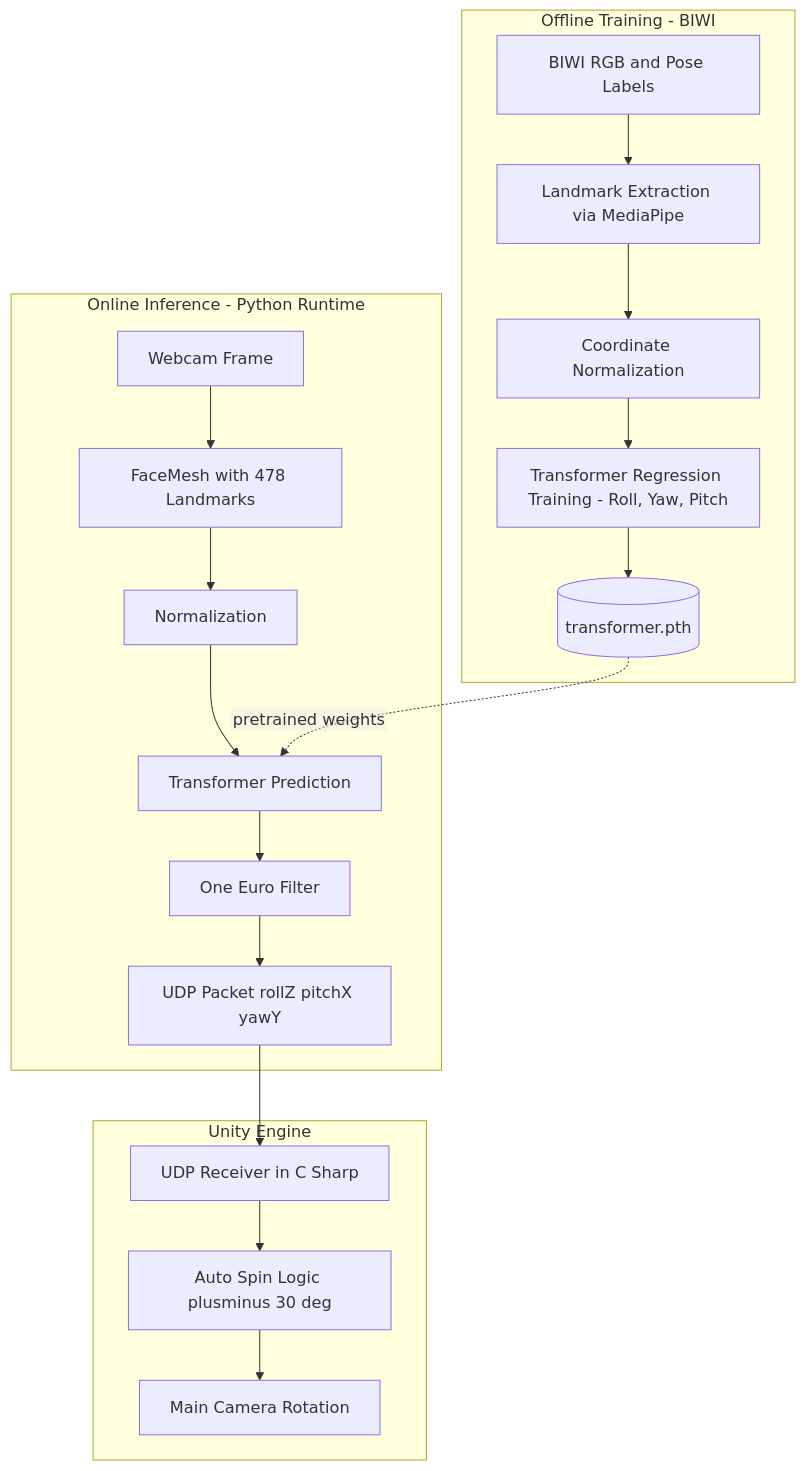
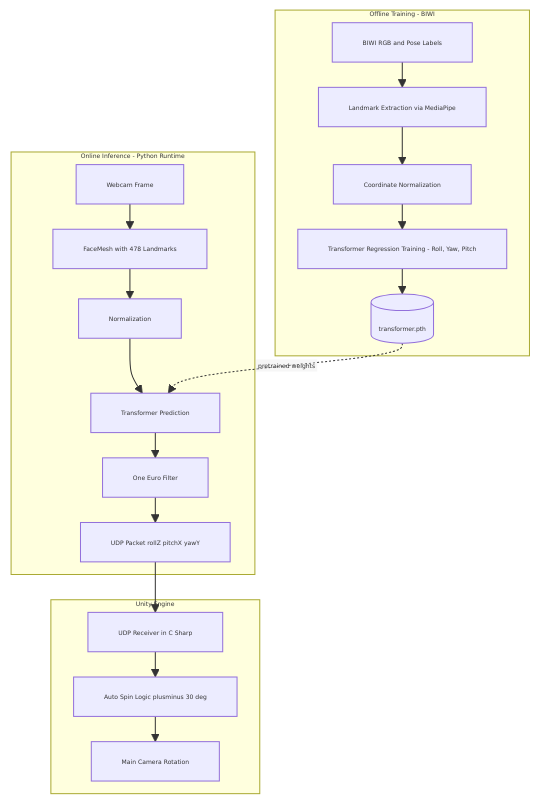
One commit to seonghwan97/Face-Tracking-Semi-Immersive-VR changed the second of 3 diagrams in README.md. Above: the diagram before and after it, drawn with Mermaid. The commit also changed other lines of this file, not shown here.

````diff
--- a/README.md
+++ b/README.md
@@ -177,31 +196,42 @@
 ```mermaid
-%%{init: {'flowchart': {'htmlLabels': false, 'useMaxWidth': false}, 'themeVariables': {'scale': 0.25}}}%%
+%%{init: {
+  'flowchart': {
+    'htmlLabels': false,
+    'useMaxWidth': false,
+    'curve': 'basis',
+    'nodeSpacing': 25,
+    'rankSpacing': 25
+  },
+  'themeVariables': {
+    'fontSize': '6px'
+  }
+}}%%
 flowchart TB
   subgraph TRAIN[Offline Training - BIWI]
     A1[BIWI RGB and Pose Labels] --> A2[Landmark Extraction via MediaPipe]
     A2 --> A3[Coordinate Normalization]
     A3 --> A4[Transformer Regression Training - Roll, Yaw, Pitch]
     A4 --> A5[(transformer.pth)]
   end
 
   %% ---------- Online Inference ----------
   subgraph INFER[Online Inference - Python Runtime]
     I0(( )):::spacer
     B1[Webcam Frame]
     B1 --> B2[FaceMesh with 478 Landmarks]
     B2 --> B3[Normalization]
     B3 --> B4[Transformer Prediction]
     B4 --> B5[One Euro Filter]
     B5 --> B6[UDP Packet rollZ pitchX yawY]
   end
 
   subgraph UNITY[Unity Engine]
     C1[UDP Receiver in C Sharp] --> C2[Auto Spin Logic plusminus 30 deg]
     C2 --> C3[Main Camera Rotation]
   end
 
   A5 -. pretrained weights .-> B4
   B6 --> C1
 
   classDef spacer fill:transparent,stroke:transparent,color:transparent;
 ```
````
